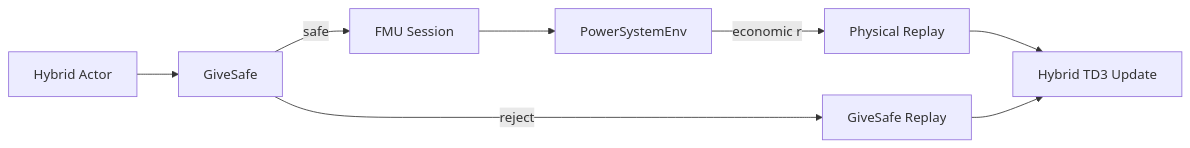
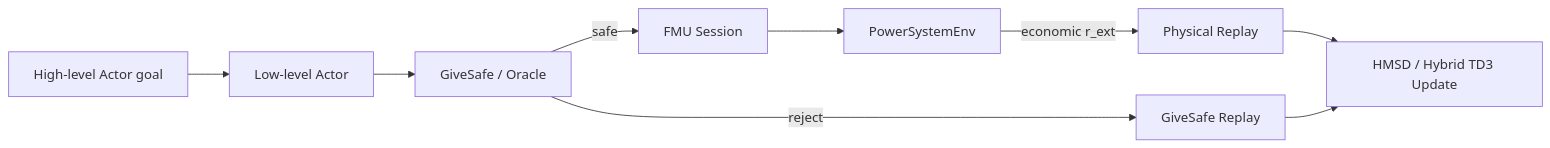
One commit to zhihao2020/demo_optimization changed the diagram in README.md. Above: the diagram before and after it, drawn with Mermaid. The commit also changed other lines of this file and 58 other files, not shown here.

First line of the commit message:
Align HMSD with hybrid CAES actions, startup cost, and block quotas.

````diff
--- a/README.md
+++ b/README.md
@@ -199,10 +211,11 @@
 ```mermaid
 flowchart LR
-  Agent[Hybrid Actor] --> GS[GiveSafe]
+  High[High-level Actor goal] --> Low[Low-level Actor]
+  Low --> GS[GiveSafe / Oracle]
   GS -->|safe| FMU[FMU Session]
   GS -->|reject| GSBuf[GiveSafe Replay]
   FMU --> Env[PowerSystemEnv]
-  Env -->|economic r| PhysBuf[Physical Replay]
-  PhysBuf --> TD3[Hybrid TD3 Update]
-  GSBuf --> TD3
+  Env -->|economic r_ext| PhysBuf[Physical Replay]
+  PhysBuf --> Upd[HMSD / Hybrid TD3 Update]
+  GSBuf --> Upd
 ```
````
